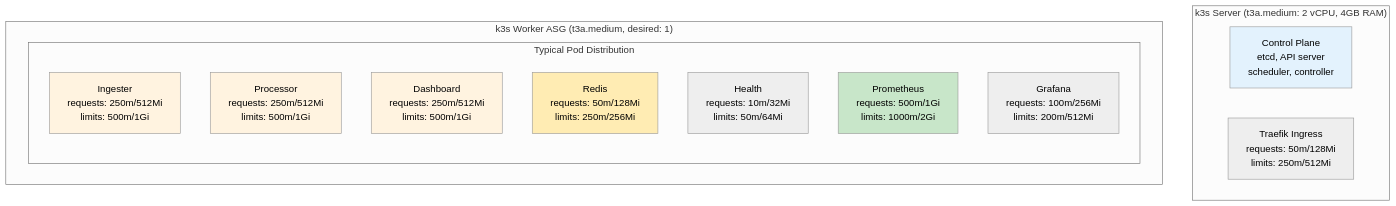
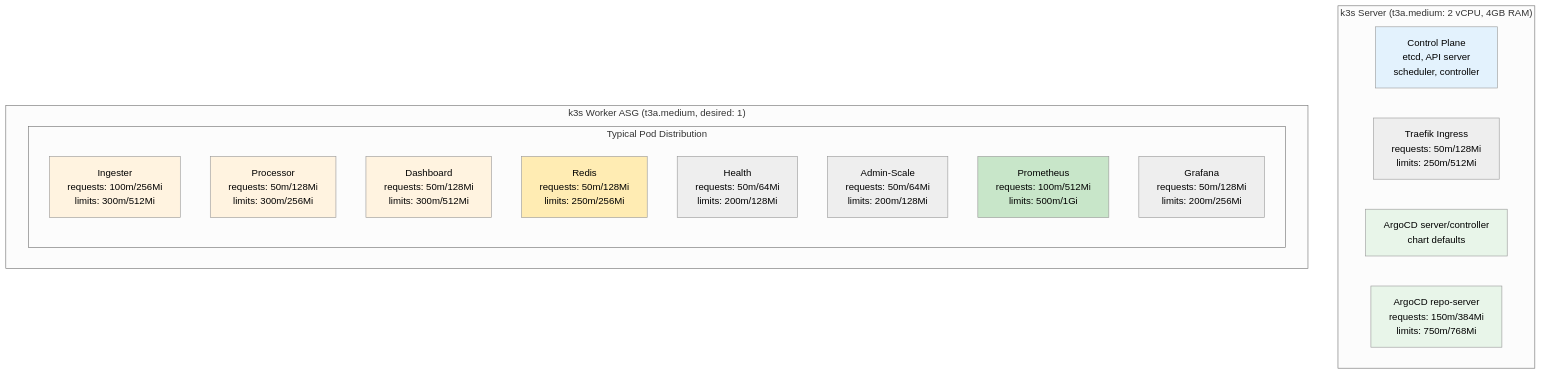
One commit to ClementV78/CloudRadar changed diagram 14 of 28 in docs/architecture/technical-architecture-document.md. Above: the diagram before and after it, drawn with Mermaid (neutral theme). The commit also changed other lines of this file and 1 other file, not shown here.

First line of the commit message:
docs(architecture): align technical architecture docs

````diff
--- a/docs/architecture/technical-architecture-document.md
+++ b/docs/architecture/technical-architecture-document.md
@@ -462,26 +472,31 @@
 ```mermaid
 graph TB
     subgraph "k3s Server (t3a.medium: 2 vCPU, 4GB RAM)"
         CONTROL[Control Plane<br/>etcd, API server<br/>scheduler, controller]
         TRAEFIK[Traefik Ingress<br/>requests: 50m/128Mi<br/>limits: 250m/512Mi]
+        ARGOCD_CORE["ArgoCD server/controller<br/>chart defaults"]
+        ARGOCD_REPO["ArgoCD repo-server<br/>requests: 150m/384Mi<br/>limits: 750m/768Mi"]
     end
 
     subgraph "k3s Worker ASG (t3a.medium, desired: 1)"
         subgraph "Typical Pod Distribution"
-            INGESTER_POD[Ingester<br/>requests: 250m/512Mi<br/>limits: 500m/1Gi]
-            PROCESSOR_POD[Processor<br/>requests: 250m/512Mi<br/>limits: 500m/1Gi]
-            DASHBOARD_POD[Dashboard<br/>requests: 250m/512Mi<br/>limits: 500m/1Gi]
+            INGESTER_POD[Ingester<br/>requests: 100m/256Mi<br/>limits: 300m/512Mi]
+            PROCESSOR_POD[Processor<br/>requests: 50m/128Mi<br/>limits: 300m/256Mi]
+            DASHBOARD_POD[Dashboard<br/>requests: 50m/128Mi<br/>limits: 300m/512Mi]
             REDIS_POD[Redis<br/>requests: 50m/128Mi<br/>limits: 250m/256Mi]
-            HEALTH_POD[Health<br/>requests: 10m/32Mi<br/>limits: 50m/64Mi]
-            PROM_POD[Prometheus<br/>requests: 500m/1Gi<br/>limits: 1000m/2Gi]
-            GRAF_POD[Grafana<br/>requests: 100m/256Mi<br/>limits: 200m/512Mi]
+            HEALTH_POD[Health<br/>requests: 50m/64Mi<br/>limits: 200m/128Mi]
+            ADMIN_SCALE_POD[Admin-Scale<br/>requests: 50m/64Mi<br/>limits: 200m/128Mi]
+            PROM_POD[Prometheus<br/>requests: 100m/512Mi<br/>limits: 500m/1Gi]
+            GRAF_POD[Grafana<br/>requests: 50m/128Mi<br/>limits: 200m/256Mi]
         end
     end
 
     style CONTROL fill:#e3f2fd
+    style ARGOCD_CORE fill:#e8f5e9
+    style ARGOCD_REPO fill:#e8f5e9
     style INGESTER_POD fill:#fff3e0
     style PROCESSOR_POD fill:#fff3e0
     style DASHBOARD_POD fill:#fff3e0
     style REDIS_POD fill:#ffecb3
     style PROM_POD fill:#c8e6c9
 ```
````
